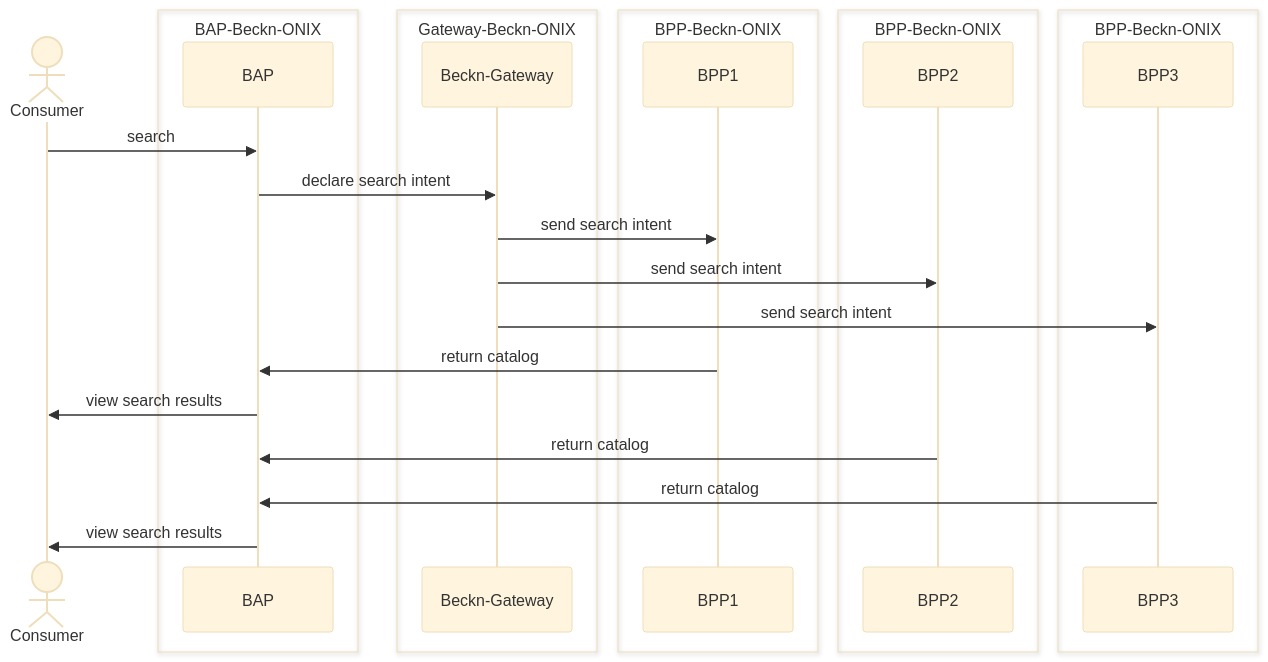
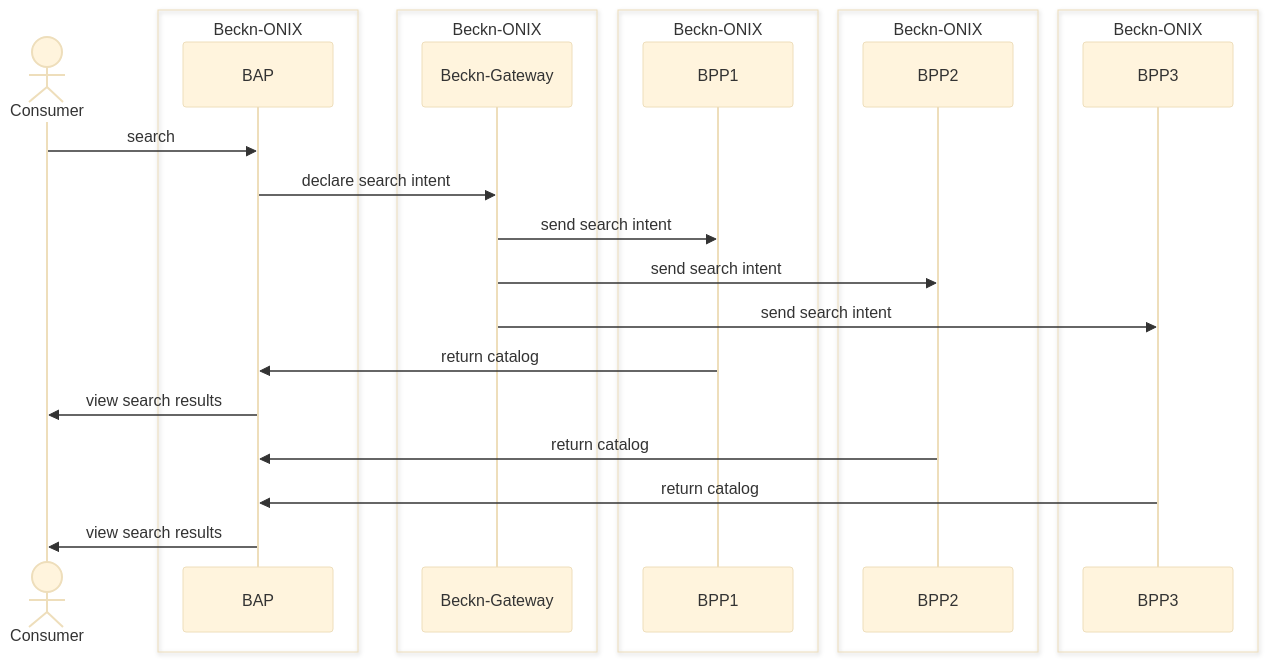
Before and after one commit to rajaneeshk90/gitbook-exp: the first of 17 diagrams in README.md, drawn with Mermaid (base theme).

Commit message:
GITBOOK-6: No subject

````diff
--- a/README.md
+++ b/README.md
@@ -34,30 +34,30 @@
 ```mermaid
 sequenceDiagram
     actor Consumer
-    box BAP-Beckn-ONIX
+    box Beckn-ONIX
     participant BAP
     end
-    box Gateway-Beckn-ONIX
+    box Beckn-ONIX
     participant Gateway as Beckn-Gateway
     end
-    box BPP-Beckn-ONIX
+    box Beckn-ONIX
     participant BPP1
     end
-    box BPP-Beckn-ONIX
+    box Beckn-ONIX
     participant BPP2
     end
-    box BPP-Beckn-ONIX
+    box Beckn-ONIX
     participant BPP3
     end
 
     Consumer ->> BAP: search
     BAP ->> Gateway: declare search intent
     Gateway ->> BPP1: send search intent
     Gateway ->> BPP2: send search intent
     Gateway ->> BPP3: send search intent
     BPP1 ->> BAP: return catalog
     BAP ->> Consumer: view search results
     BPP2 ->> BAP: return catalog
     BPP3 ->> BAP: return catalog
     BAP ->> Consumer: view search results
 ```
````
